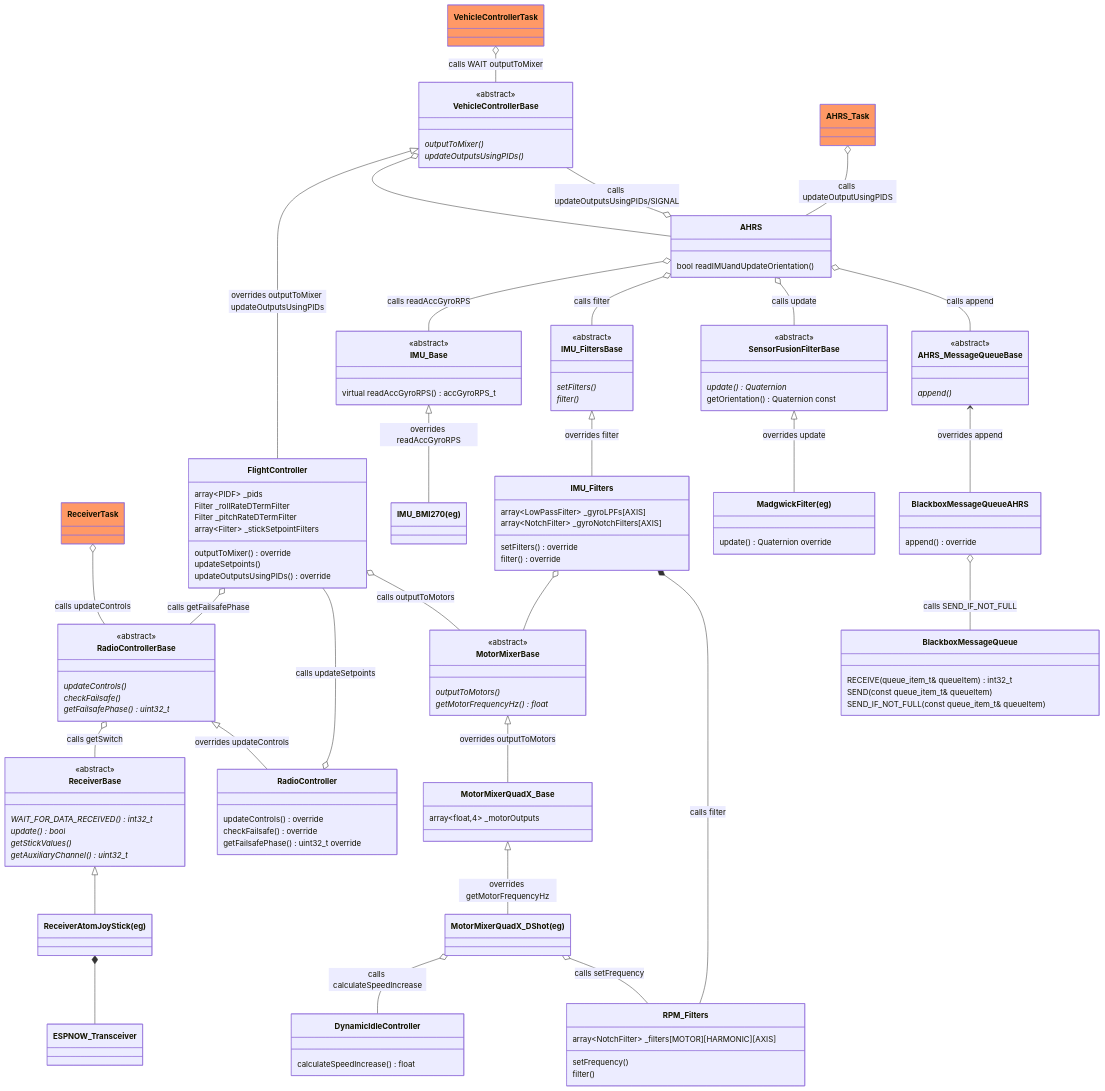
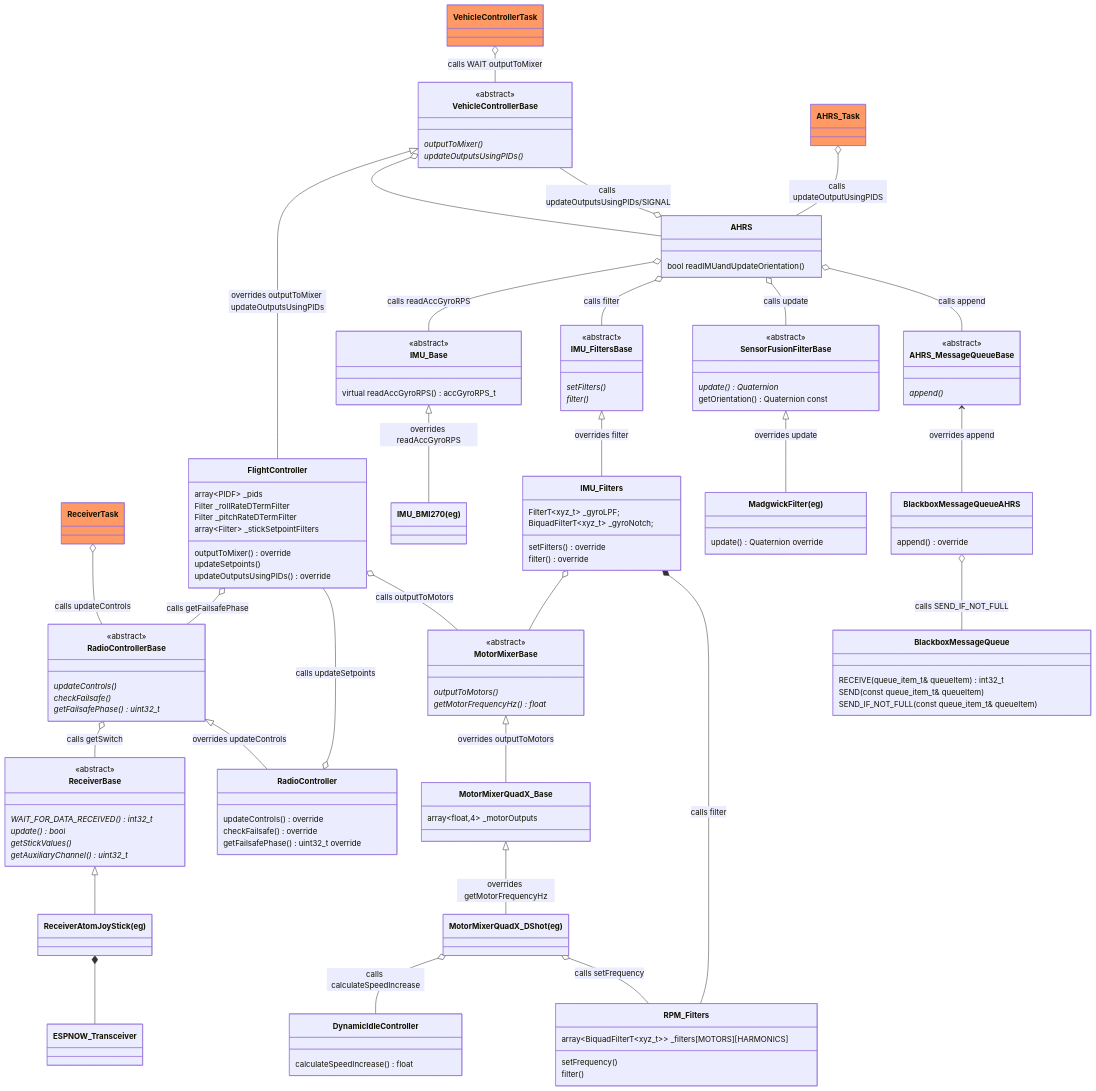
One commit to martinbudden/Protoflight changed the first of 5 diagrams in README.md. Above: the diagram before and after it, drawn with Mermaid. The commit also changed 13 other files, not shown here.

```diff
--- a/README.md
+++ b/README.md
@@ -367,7 +367,7 @@
     link RadioController "https://github.com/martinbudden/protoflight/blob/main/lib/FlightController/src/RadioController.h"
 
     class RPM_Filters {
-        array~NotchFilter~ _filters[MOTOR][HARMONIC][AXIS]
+        array~BiquadFilterT~xyz_t~~ _filters[MOTORS][HARMONICS]
         setFrequency()
         filter()
     }
@@ -375,8 +375,8 @@
 
     IMU_FiltersBase <|-- IMU_Filters : overrides filter
     class IMU_Filters {
-        array~LowPassFilter~ _gyroLPFs[AXIS]
-        array~NotchFilter~ _gyroNotchFilters[AXIS]
+        FilterT~xyz_t~  _gyroLPF;
+        BiquadFilterT~xyz_t~ _gyroNotch;
         setFilters() override
         filter() override
     }
```
